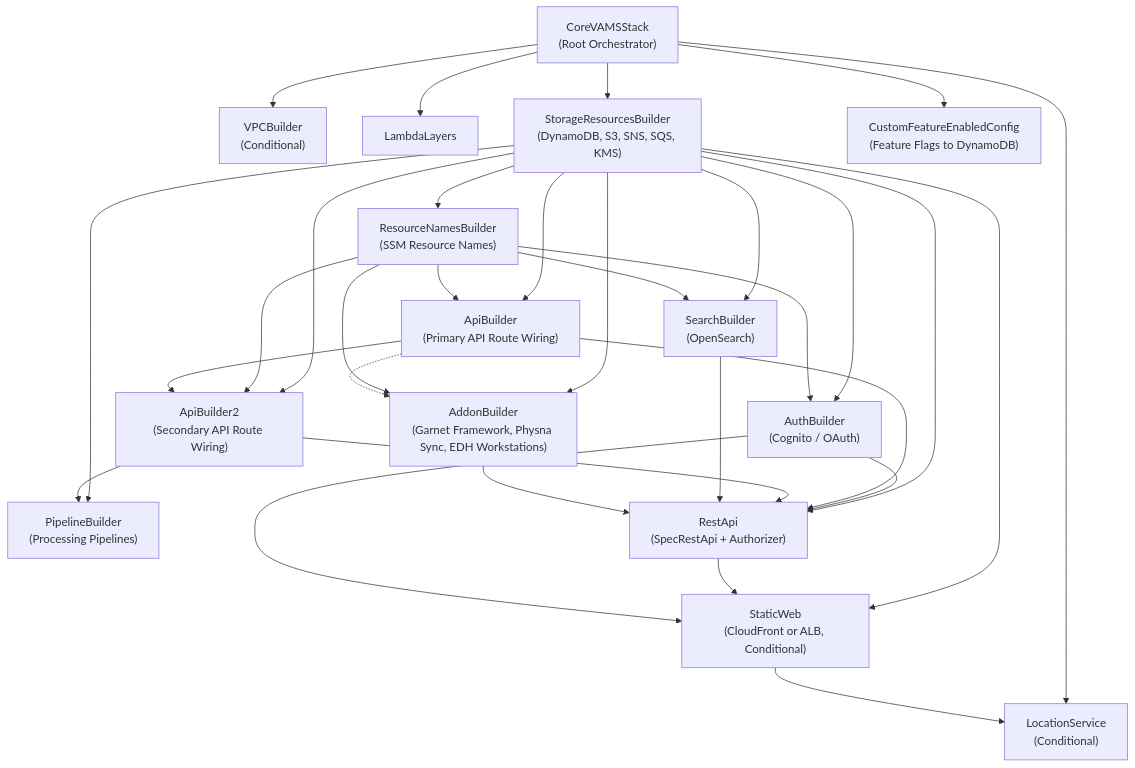
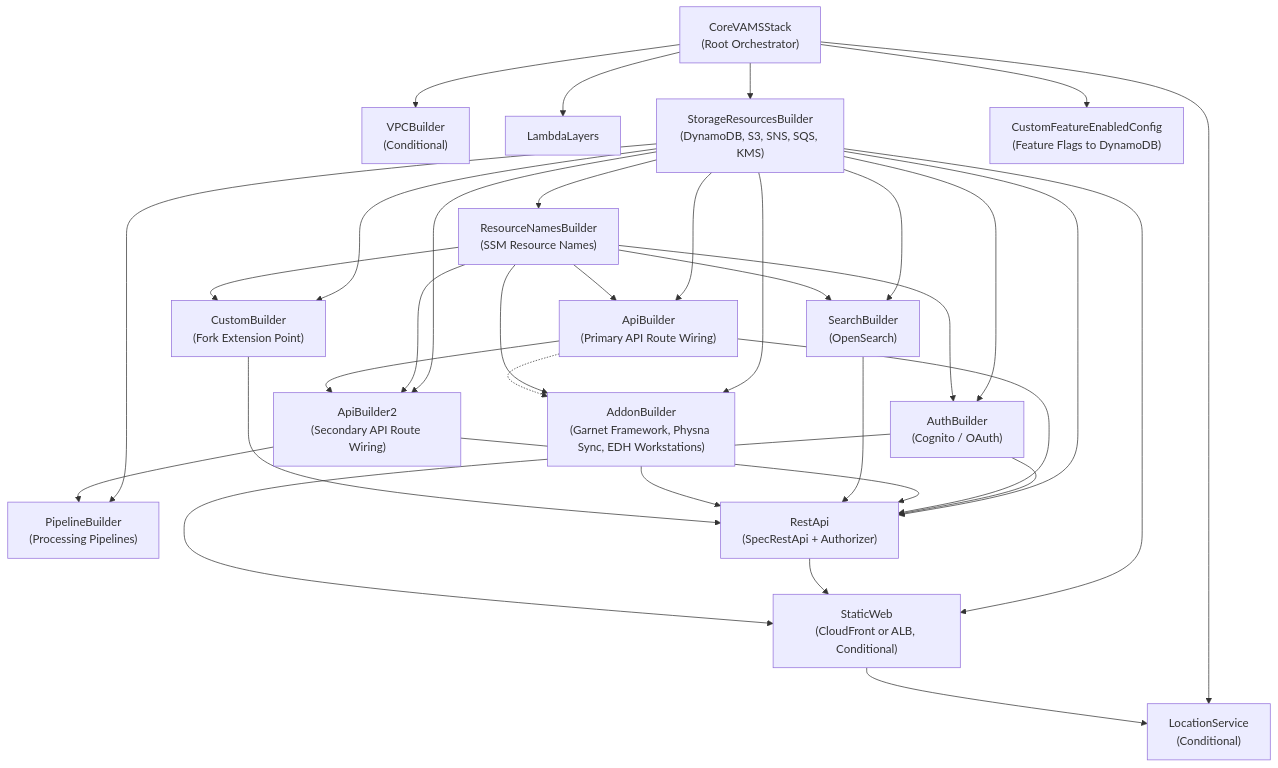
Before and after one commit to awslabs/visual-asset-management-system: the third of 3 diagrams in documentation/docusaurus-site/docs/architecture/overview.md, drawn with Mermaid. The commit also changed 3 other files, not shown here.

Commit message:
fix(docs): add CustomBuilder to the nested-stack diagrams and count 15 core nested stacks (C-173)

````diff
--- a/documentation/docusaurus-site/docs/architecture/overview.md
+++ b/documentation/docusaurus-site/docs/architecture/overview.md
@@ -132,49 +132,53 @@
 ```mermaid
 graph TD
     Core["CoreVAMSStack<br/>(Root Orchestrator)"]
     VPC["VPCBuilder<br/>(Conditional)"]
     Layers["LambdaLayers"]
     Storage["StorageResourcesBuilder<br/>(DynamoDB, S3, SNS, SQS, KMS)"]
     Names["ResourceNamesBuilder<br/>(SSM Resource Names)"]
     Auth["AuthBuilder<br/>(Cognito / OAuth)"]
     APIBuilder["ApiBuilder<br/>(Primary API Route Wiring)"]
     APIBuilder2["ApiBuilder2<br/>(Secondary API Route Wiring)"]
     Search["SearchBuilder<br/>(OpenSearch)"]
     Pipelines["PipelineBuilder<br/>(Processing Pipelines)"]
     Addons["AddonBuilder<br/>(Garnet Framework, Physna Sync, EDH Workstations)"]
+    Custom["CustomBuilder<br/>(Fork Extension Point)"]
     API["RestApi<br/>(SpecRestApi + Authorizer)"]
     StaticWeb["StaticWeb<br/>(CloudFront or ALB, Conditional)"]
     Location["LocationService<br/>(Conditional)"]
     Features["CustomFeatureEnabledConfig<br/>(Feature Flags to DynamoDB)"]
 
     Core --> VPC
     Core --> Layers
     Core --> Storage
     Core --> Location
     Core --> Features
     Storage --> Names
     Storage --> Auth
     Names --> Auth
     Storage --> APIBuilder
     Names --> APIBuilder
     Storage --> APIBuilder2
     Names --> APIBuilder2
     APIBuilder --> APIBuilder2
     Storage --> Search
     Names --> Search
     Storage --> Pipelines
     APIBuilder2 --> Pipelines
     Storage --> Addons
     Names --> Addons
     APIBuilder -.-> Addons
+    Storage --> Custom
+    Names --> Custom
     Storage --> API
     Auth --> API
     APIBuilder --> API
     APIBuilder2 --> API
     Search --> API
     Addons --> API
+    Custom --> API
     Storage --> StaticWeb
     API --> StaticWeb
     Auth --> StaticWeb
     StaticWeb --> Location
 ```
````
